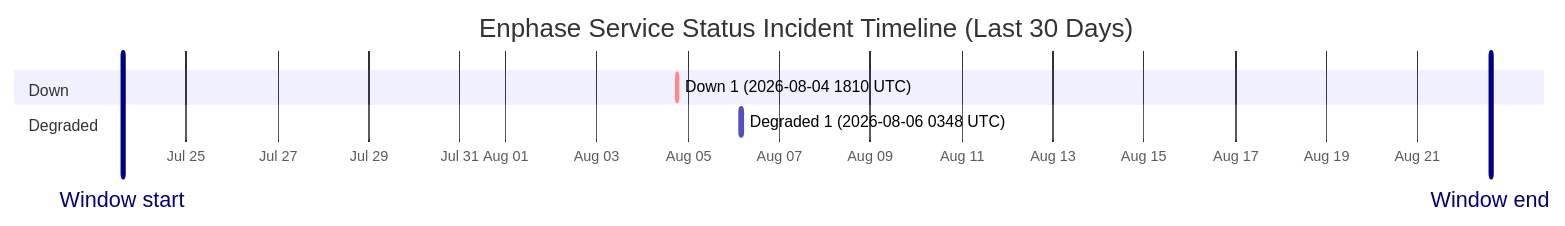
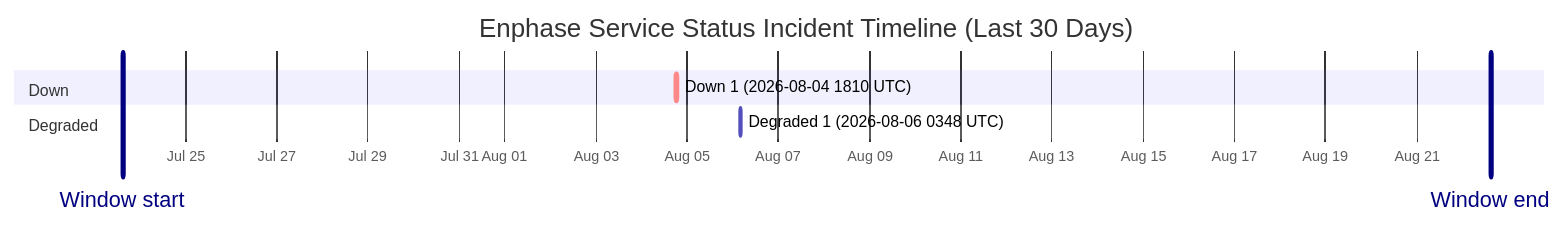
Before and after one commit to barneyonline/ha-enphase-energy: the diagram in wiki/Service-Status-History.md, drawn with Mermaid. The commit also changed other lines of this file and 3 other files, not shown here.

````diff
--- a/wiki/Service-Status-History.md
+++ b/wiki/Service-Status-History.md
@@ -14,12 +14,12 @@
 ```mermaid
 gantt
     title Enphase Service Status Incident Timeline (Last 30 Days)
     dateFormat  YYYY-MM-DDTHH:mm:ss
     axisFormat  %b %d
-    Window start :vert, window-start, 2026-07-23T14:19:01, 0ms
-    Window end :vert, window-end, 2026-08-22T14:19:01, 0ms
+    Window start :vert, window-start, 2026-07-23T14:47:11, 0ms
+    Window end :vert, window-end, 2026-08-22T14:47:11, 0ms
     section Down
     Down 1 (2026-08-04 1810 UTC) :crit, down-1, 2026-08-04T18:10:46, 60m
     section Degraded
     Degraded 1 (2026-08-06 0348 UTC) :active, degraded-1, 2026-08-06T03:48:14, 60m
 ```
````
